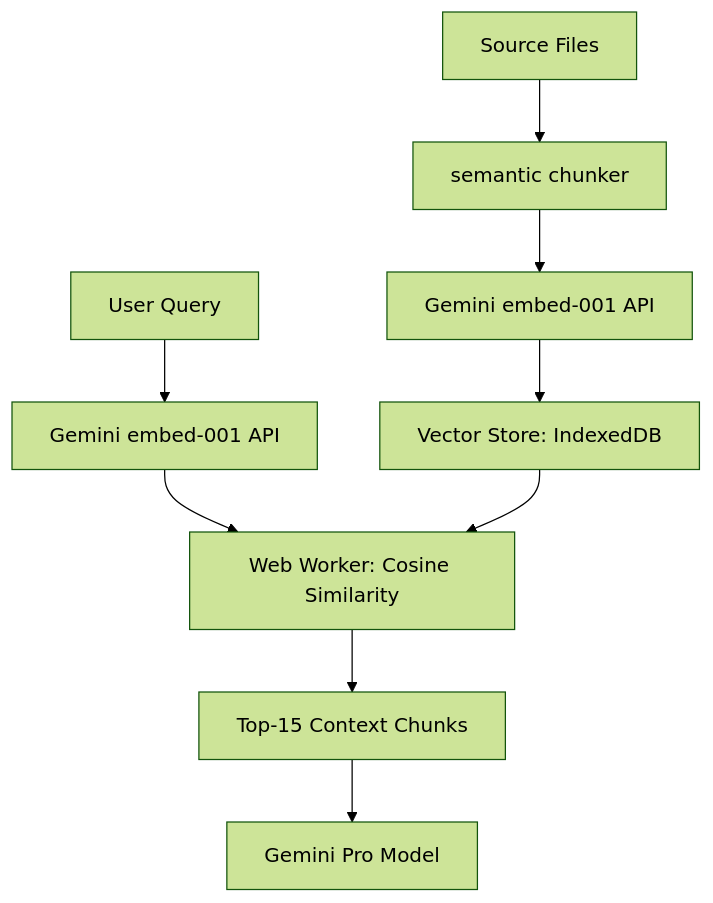
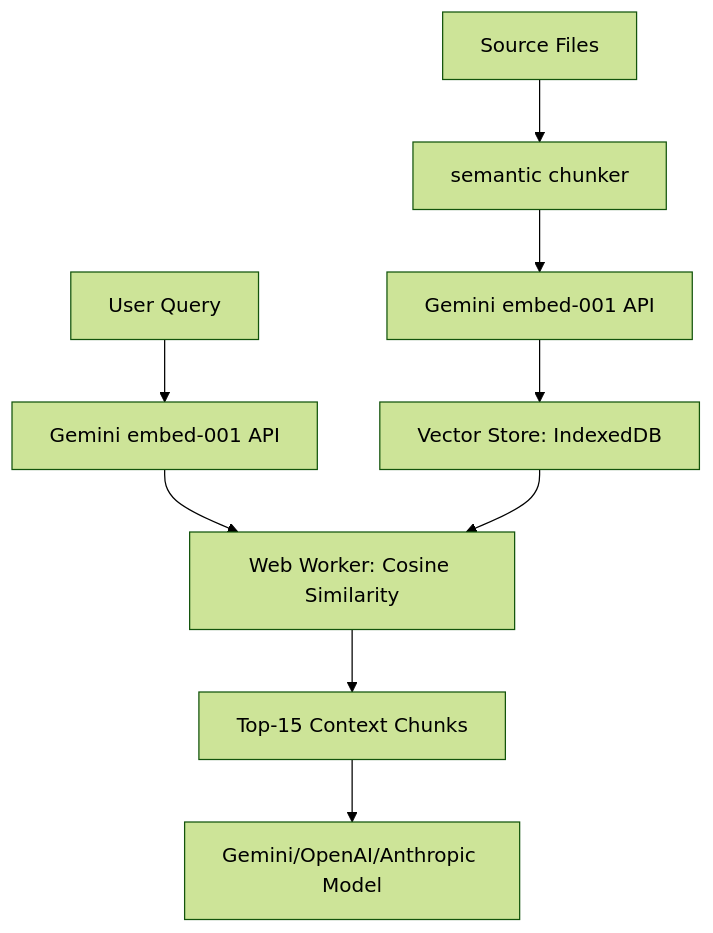
One commit to Misterscan/repo-view changed the diagram in docs/architecture/rag-engine.md. Above: the diagram before and after it, drawn with Mermaid (forest theme). The commit also changed 27 other files, not shown here.

````diff
--- a/docs/architecture/rag-engine.md
+++ b/docs/architecture/rag-engine.md
@@ -3,11 +3,11 @@
 ```mermaid
 flowchart TD
     A[Source Files] --> B[semantic chunker]
     B --> C[Gemini embed-001 API]
     C --> D[Vector Store: IndexedDB]
     E[User Query] --> F[Gemini embed-001 API]
     F --> G[Web Worker: Cosine Similarity]
     D --> G
     G --> H[Top-15 Context Chunks]
-    H --> I[Gemini Pro Model]
+    H --> I[Gemini/OpenAI/Anthropic Model]
 ```
````
